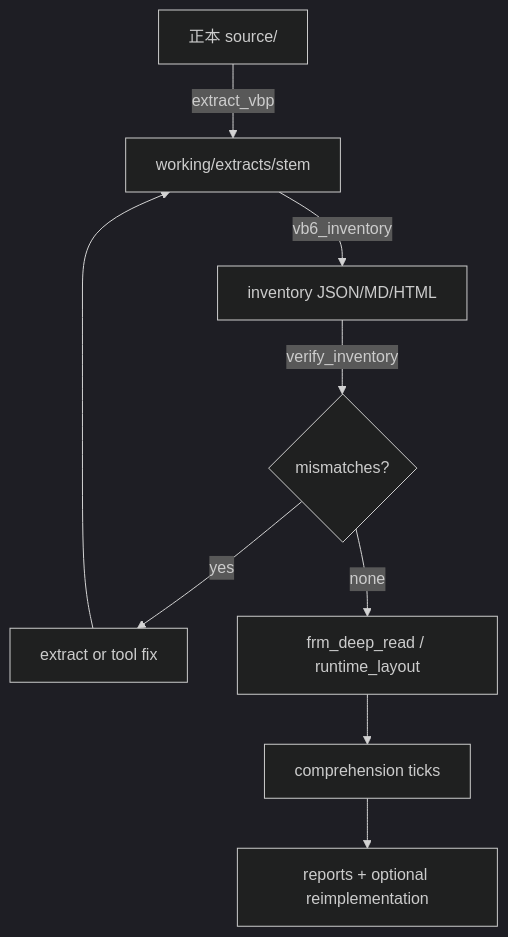
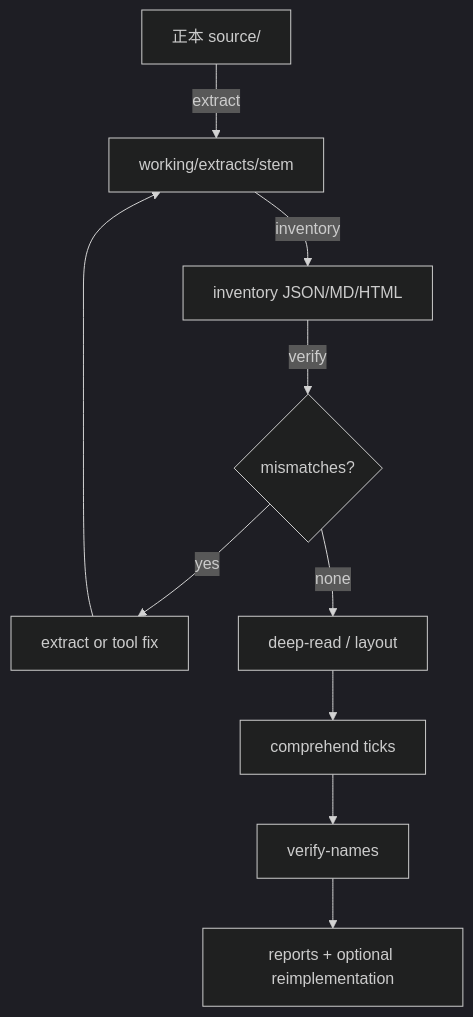
One commit to suzukiosm/vb6-archaeology changed the diagram in docs/workflow.md. Above: the diagram before and after it, drawn with Mermaid (dark theme). The commit also changed other lines of this file and 24 other files, not shown here.

````diff
--- a/docs/workflow.md
+++ b/docs/workflow.md
@@ -5,11 +7,12 @@
 ```mermaid
 flowchart TD
-  A[正本 source/] -->|extract_vbp| B[working/extracts/stem]
-  B -->|vb6_inventory| C[inventory JSON/MD/HTML]
-  C -->|verify_inventory| D{mismatches?}
+  A[正本 source/] -->|extract| B[working/extracts/stem]
+  B -->|inventory| C[inventory JSON/MD/HTML]
+  C -->|verify| D{mismatches?}
   D -->|yes| E[extract or tool fix]
   E --> B
-  D -->|none| F[frm_deep_read / runtime_layout]
-  F --> G[comprehension ticks]
-  G --> H[reports + optional reimplementation]
+  D -->|none| F[deep-read / layout]
+  F --> G[comprehend ticks]
+  G --> H[verify-names]
+  H --> I[reports + optional reimplementation]
 ```
````
